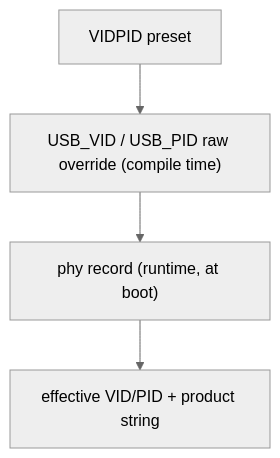
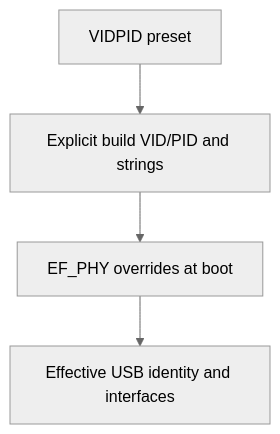
Before and after one commit to TheMaxMur/RS-Key: the second of 2 diagrams in docs/build.md, drawn with Mermaid (neutral theme). The commit also changed other lines of this file and 13 other files, not shown here.

````diff
--- a/docs/build.md
+++ b/docs/build.md
@@ -366,6 +276,6 @@
 ```mermaid
 flowchart TD
-    a["VIDPID preset"] --> b["USB_VID / USB_PID raw override (compile time)"]
-    b --> c["phy record (runtime, at boot)"]
-    c --> d["effective VID/PID + product string"]
+    preset["VIDPID preset"] --> env["Explicit build VID/PID and strings"]
+    env --> phy["EF_PHY overrides at boot"]
+    phy --> usb["Effective USB identity and interfaces"]
 ```
````
